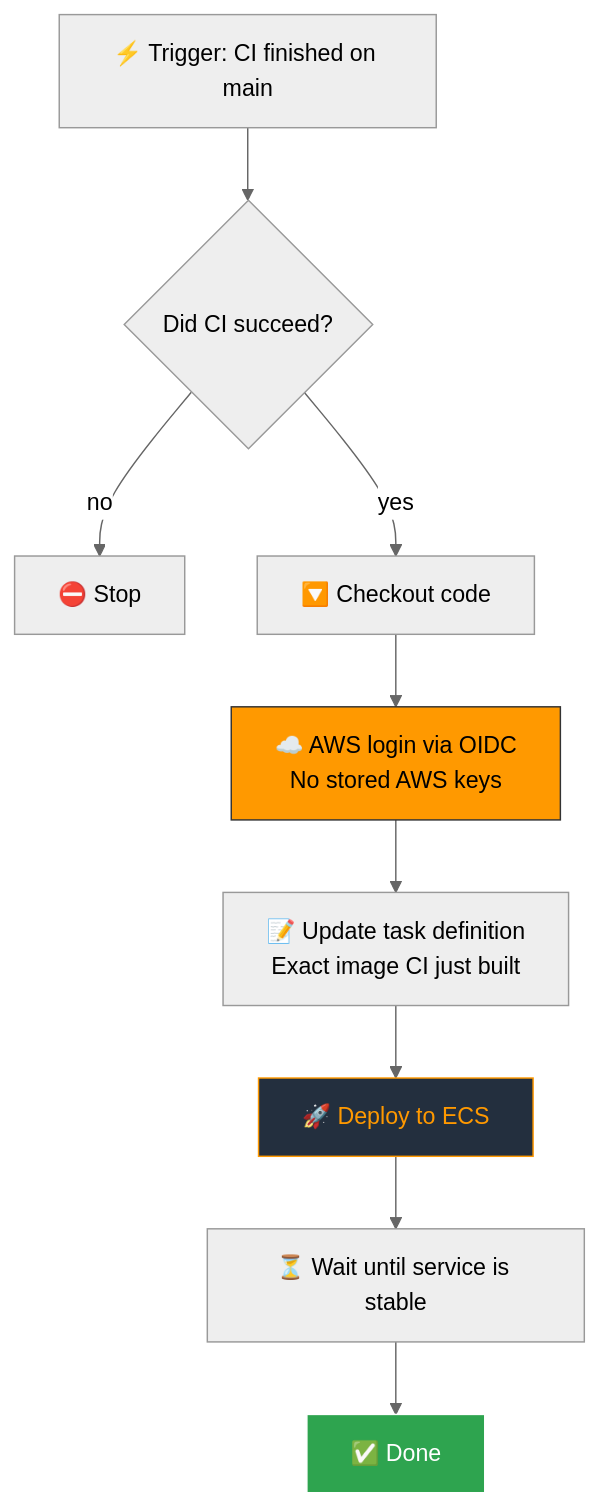
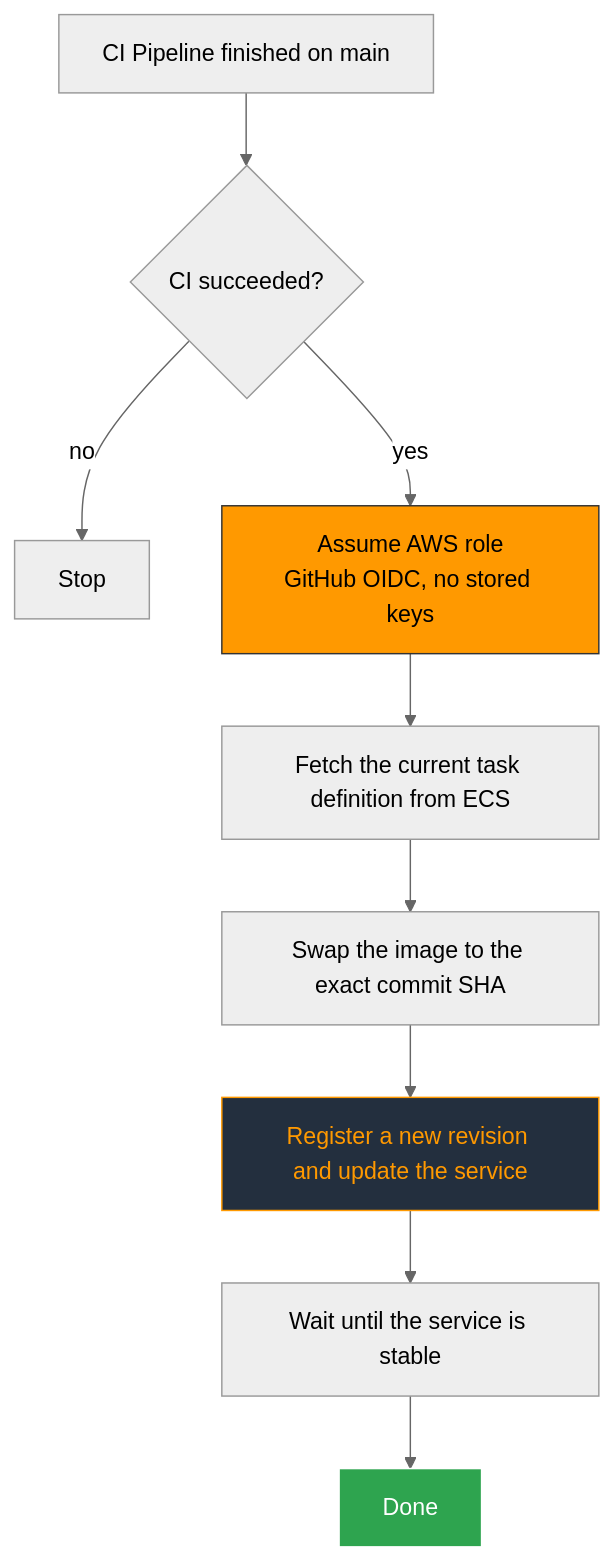
One commit to ArshadKhan-007/URL-SHORTENER-CI-CD-ECS changed the fourth of 7 diagrams in README.md. Above: the diagram before and after it, drawn with Mermaid (neutral theme). The commit also changed other lines of this file, not shown here.

````diff
--- a/README.md
+++ b/README.md
@@ -89,15 +167,15 @@
 ```mermaid
 flowchart TD
-    A["⚡ Trigger: CI finished on main"] --> B{"Did CI succeed?"}
-    B -- "no" --> X["⛔ Stop"]
-    B -- "yes" --> C["🔽 Checkout code"]
-    C --> D["☁️ AWS login via OIDC<br/>No stored AWS keys"]
-    D --> E["📝 Update task definition<br/>Exact image CI just built"]
-    E --> F["🚀 Deploy to ECS"]
-    F --> G["⏳ Wait until service is stable"]
-    G --> H["✅ Done"]
+    a["CI Pipeline finished on main"] --> b{"CI succeeded?"}
+    b -->|"no"| x["Stop"]
+    b -->|"yes"| c["Assume AWS role<br/>GitHub OIDC, no stored keys"]
+    c --> d["Fetch the current task definition from ECS"]
+    d --> e["Swap the image to the exact commit SHA"]
+    e --> f["Register a new revision and update the service"]
+    f --> g["Wait until the service is stable"]
+    g --> h["Done"]
 
-    style D fill:#FF9900,stroke:#333,color:#000
-    style F fill:#232F3E,stroke:#FF9900,color:#FF9900
-    style H fill:#2ea44f,stroke:#fff,color:#fff
+    style c fill:#FF9900,stroke:#333,color:#000
+    style f fill:#232F3E,stroke:#FF9900,color:#FF9900
+    style h fill:#2ea44f,stroke:#fff,color:#fff
 ```
````
